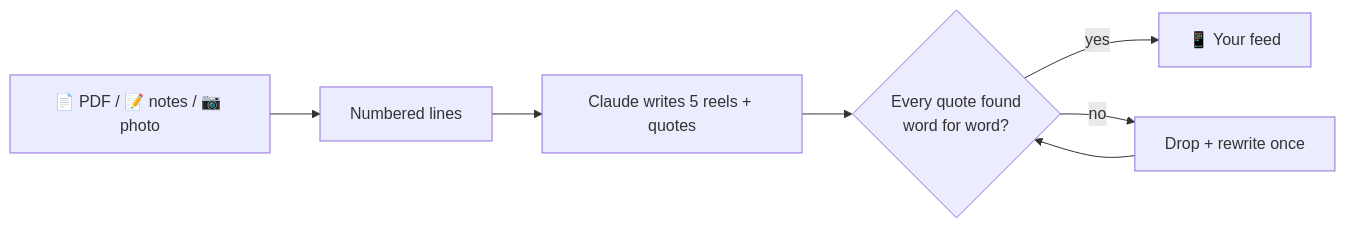
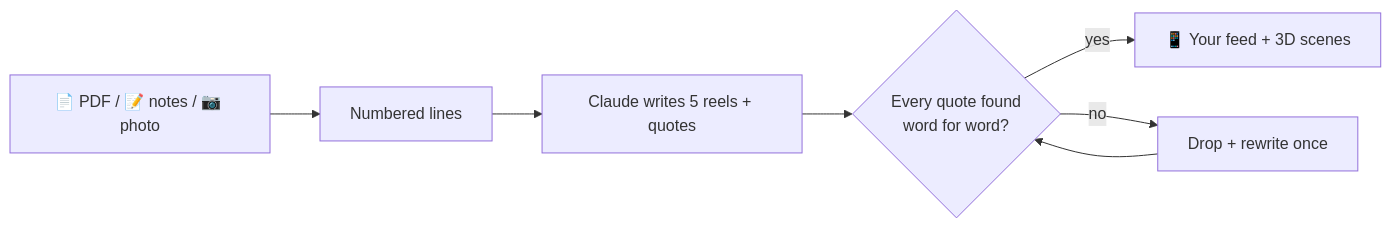
One commit to arushiSH5-cyber/scrollege changed the diagram in README.md. Above: the diagram before and after it, drawn with Mermaid. The commit also changed other lines of this file and 22 other files, not shown here.

````diff
--- a/README.md
+++ b/README.md
@@ -109,8 +141,8 @@
 ```mermaid
 flowchart LR
   A[📄 PDF / 📝 notes / 📷 photo] --> B[Numbered lines]
   B --> C[Claude writes 5 reels + quotes]
   C --> D{Every quote found<br/>word for word?}
-  D -- yes --> E[📱 Your feed]
+  D -- yes --> E[📱 Your feed + 3D scenes]
   D -- no --> F[Drop + rewrite once] --> D
 ```
````
